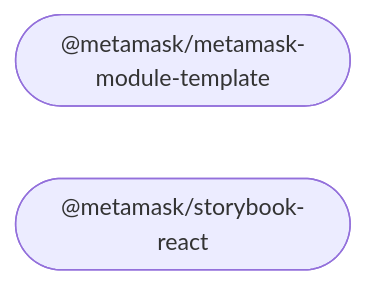
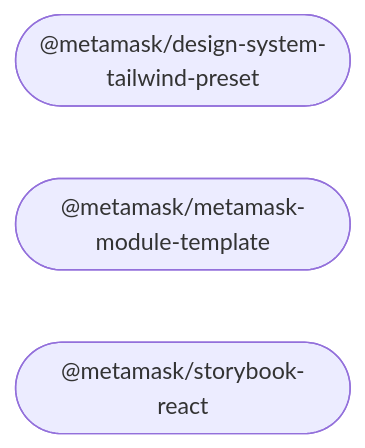
One commit to georgewrmarshall/metamask-design-system changed the diagram in README.md. Above: the diagram before and after it, drawn with Mermaid. The commit also changed other lines of this file and 13 other files, not shown here.

First line of the commit message:
Initial tailwind preset package from create-package script (#47)

````diff
--- a/README.md
+++ b/README.md
@@ -20,7 +21,8 @@
 ```mermaid
 %%{ init: { 'flowchart': { 'curve': 'bumpX' } } }%%
 graph LR;
 linkStyle default opacity:0.5
+  design_system_tailwind_preset(["@metamask/design-system-tailwind-preset"]);
   metamask_module_template(["@metamask/metamask-module-template"]);
   storybook_react(["@metamask/storybook-react"]);
 ```
````
